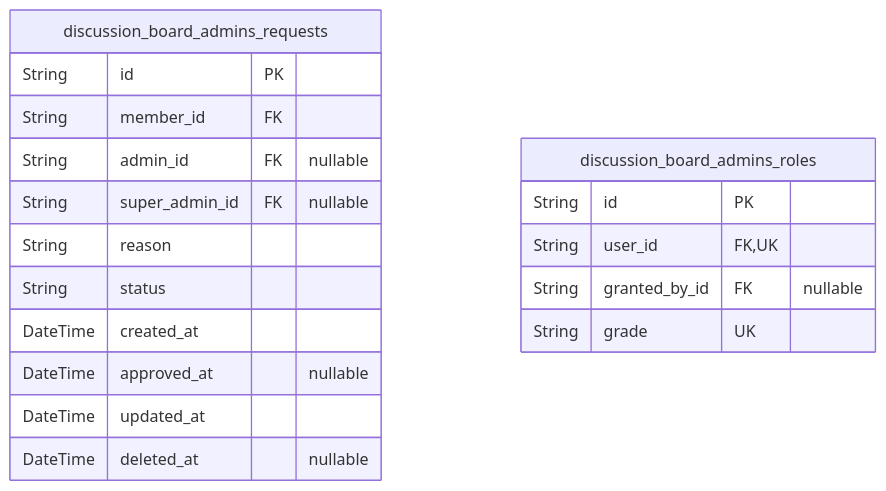
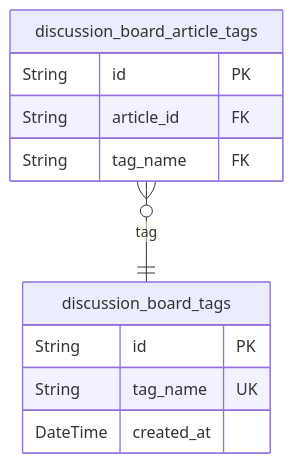
One commit to wrtnlabs/autobe-examples changed the fourth of 4 diagrams in qwen/qwen3-coder-next/bbs/docs/ERD.md. Above: the diagram before and after it, drawn with Mermaid. The commit also changed other lines of this file and 25939 other files, not shown here.

````diff
--- a/qwen/qwen3-coder-next/bbs/docs/ERD.md
+++ b/qwen/qwen3-coder-next/bbs/docs/ERD.md
@@ -1137,21 +670,14 @@
 ```mermaid
 erDiagram
-"discussion_board_admins_requests" {
+"discussion_board_tags" {
   String id PK
-  String member_id FK
-  String admin_id FK "nullable"
-  String super_admin_id FK "nullable"
-  String reason
-  String status
+  String tag_name UK
   DateTime created_at
-  DateTime approved_at "nullable"
-  DateTime updated_at
-  DateTime deleted_at "nullable"
 }
-"discussion_board_admins_roles" {
+"discussion_board_article_tags" {
   String id PK
-  String user_id FK,UK
-  String granted_by_id FK "nullable"
-  String grade UK
+  String article_id FK
+  String tag_name FK
 }
+"discussion_board_article_tags" }o--|| "discussion_board_tags" : tag
 ```
````
